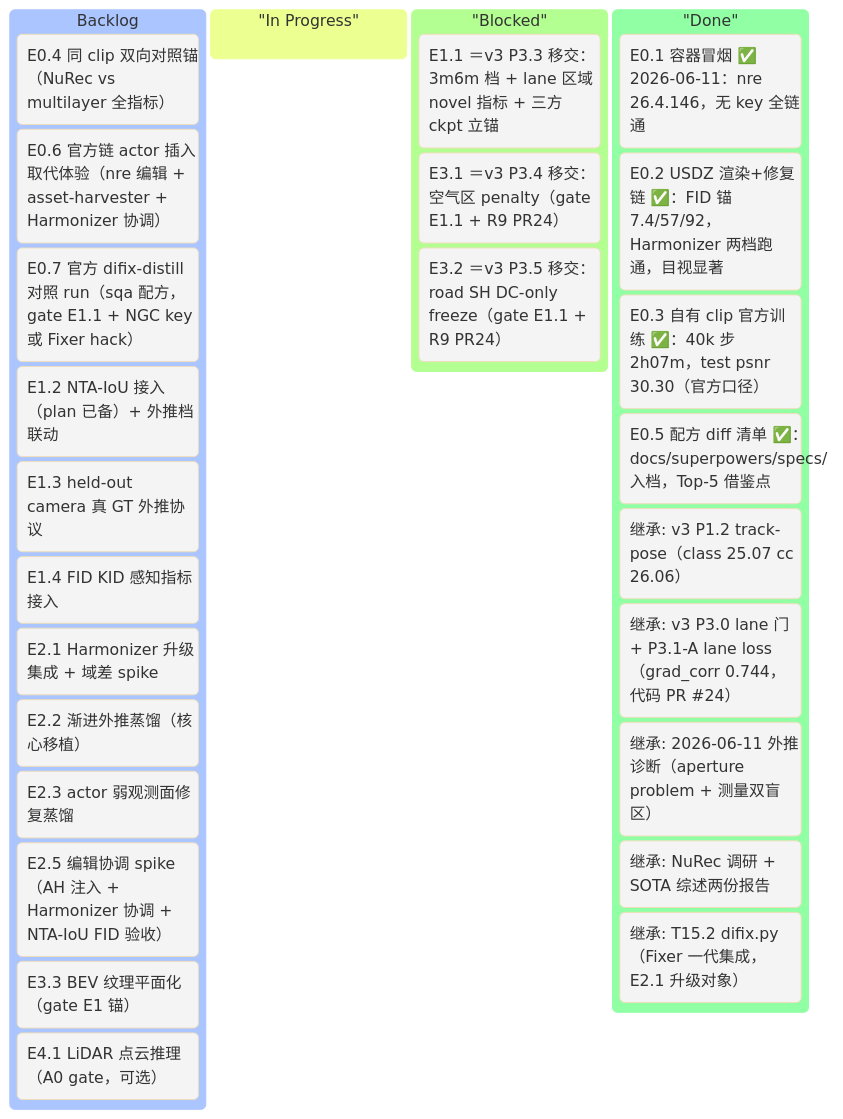
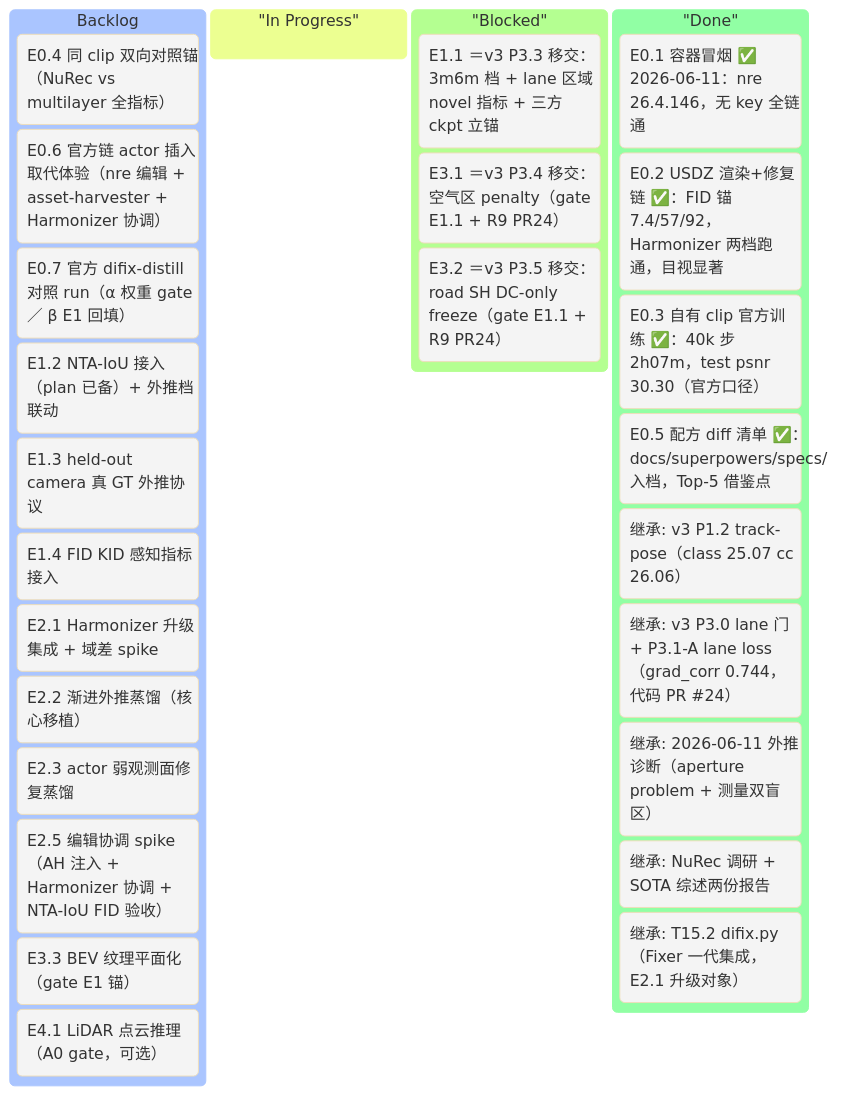
One commit to etendue/3dgrut changed the first of 2 diagrams in v4_plan.md. Above: the diagram before and after it, drawn with Mermaid. The commit also changed other lines of this file and 1 other file, not shown here.

First line of the commit message:
docs(plan): E0.7 官方 difix-distill 对照 run 独立执行 plan（α/β 拆分 + 权重 hack 决策树）

````diff
--- a/v4_plan.md
+++ b/v4_plan.md
@@ -67,35 +67,35 @@
 ```mermaid
 %%{init: {'theme':'base'}}%%
 kanban
     Backlog
         [E0.4 同 clip 双向对照锚（NuRec vs multilayer 全指标）]
         [E0.6 官方链 actor 插入取代体验（nre 编辑 + asset-harvester + Harmonizer 协调）]
-        [E0.7 官方 difix-distill 对照 run（sqa 配方，gate E1.1 + NGC key 或 Fixer hack）]
+        [E0.7 官方 difix-distill 对照 run（α 权重 gate ／ β E1 回填）]
         [E1.2 NTA-IoU 接入（plan 已备）+ 外推档联动]
         [E1.3 held-out camera 真 GT 外推协议]
         [E1.4 FID KID 感知指标接入]
         [E2.1 Harmonizer 升级集成 + 域差 spike]
         [E2.2 渐进外推蒸馏（核心移植）]
         [E2.3 actor 弱观测面修复蒸馏]
         [E2.5 编辑协调 spike（AH 注入 + Harmonizer 协调 + NTA-IoU FID 验收）]
         [E3.3 BEV 纹理平面化（gate E1 锚）]
         [E4.1 LiDAR 点云推理（A0 gate，可选）]
 
     "In Progress"
 
     "Blocked"
         [E1.1 ＝v3 P3.3 移交：3m6m 档 + lane 区域 novel 指标 + 三方 ckpt 立锚]
         [E3.1 ＝v3 P3.4 移交：空气区 penalty（gate E1.1 + R9 PR24）]
         [E3.2 ＝v3 P3.5 移交：road SH DC-only freeze（gate E1.1 + R9 PR24）]
 
     "Done"
         [E0.1 容器冒烟 ✅ 2026-06-11：nre 26.4.146，无 key 全链通]
         [E0.2 USDZ 渲染+修复链 ✅：FID 锚 7.4/57/92，Harmonizer 两档跑通，目视显著]
         [E0.3 自有 clip 官方训练 ✅：40k 步 2h07m，test psnr 30.30（官方口径）]
         [E0.5 配方 diff 清单 ✅：docs/superpowers/specs/ 入档，Top-5 借鉴点]
         [继承: v3 P1.2 track-pose（class 25.07 cc 26.06）]
         [继承: v3 P3.0 lane 门 + P3.1-A lane loss（grad_corr 0.744，代码 PR #24）]
         [继承: 2026-06-11 外推诊断（aperture problem + 测量双盲区）]
         [继承: NuRec 调研 + SOTA 综述两份报告]
         [继承: T15.2 difix.py（Fixer 一代集成，E2.1 升级对象）]
 ```
````
